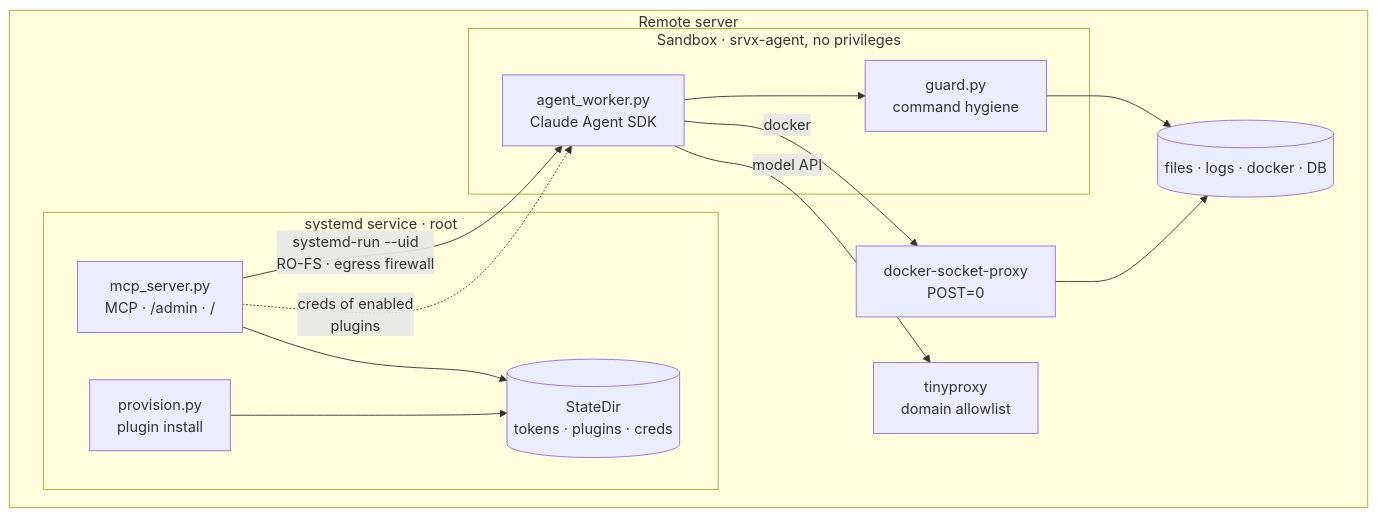
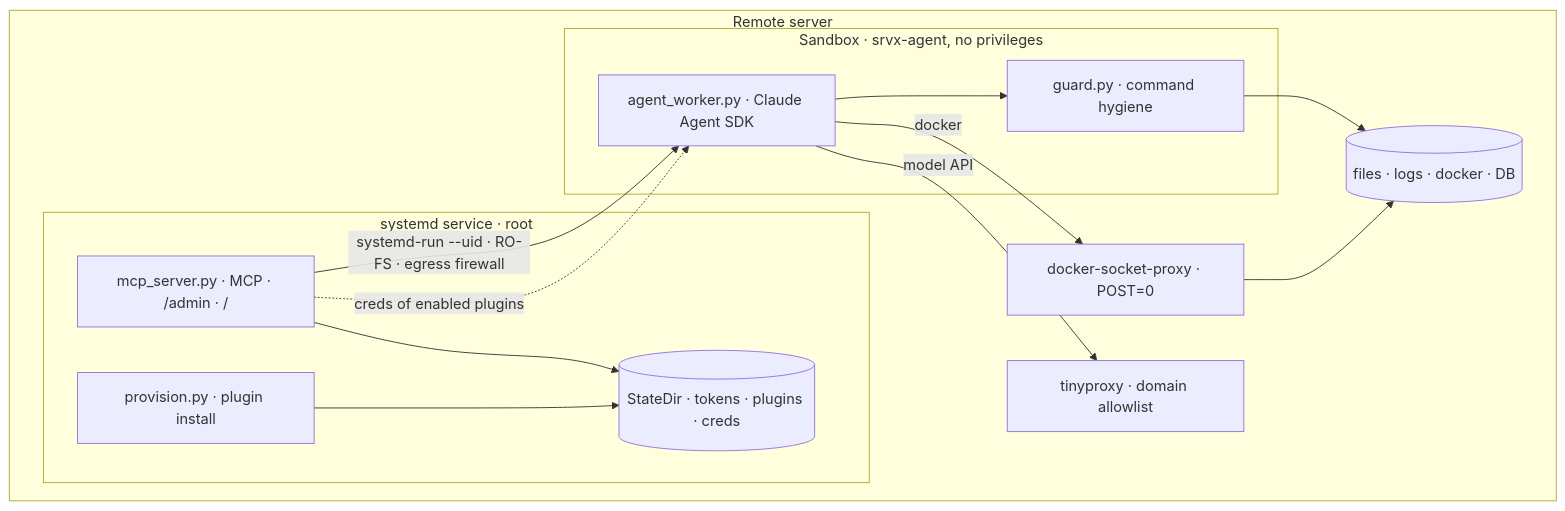
One commit to redmadrobot-rnd/srv-explore changed the diagram in README.md. Above: the diagram before and after it, drawn with Mermaid. The commit also changed 1 other file, not shown here.

Commit message:
docs: показать egress-прокси в схемах README/flow.svg + починить слипание mermaid
flow.svg — добавлен узел tinyproxy (domain allowlist · upstream) и egress-путь
агента наружу (model API через прокси). mermaid «Как устроено» — подписи в одну
строку через · вместо <br/> (не рендерился в части вьюеров, метки слипались).

````diff
--- a/README.md
+++ b/README.md
@@ -112,24 +112,24 @@
 ```mermaid
 flowchart TB
   subgraph server["Remote server"]
     subgraph svc["systemd service · root"]
-      MCP["mcp_server.py<br/>MCP · /admin · /"]
-      PROV["provision.py<br/>plugin install"]
-      ST[("StateDir<br/>tokens · plugins · creds")]
+      MCP["mcp_server.py · MCP · /admin · /"]
+      PROV["provision.py · plugin install"]
+      ST[("StateDir · tokens · plugins · creds")]
     end
     subgraph box["Sandbox · srvx-agent, no privileges"]
-      W["agent_worker.py<br/>Claude Agent SDK"]
-      G["guard.py<br/>command hygiene"]
+      W["agent_worker.py · Claude Agent SDK"]
+      G["guard.py · command hygiene"]
     end
-    PX["docker-socket-proxy<br/>POST=0"]
-    TP["tinyproxy<br/>domain allowlist"]
+    PX["docker-socket-proxy · POST=0"]
+    TP["tinyproxy · domain allowlist"]
     RES[("files · logs · docker · DB")]
   end
-  MCP -->|"systemd-run --uid<br/>RO-FS · egress firewall"| W
-  MCP -.->|"creds of enabled<br/>plugins"| W
+  MCP -->|"systemd-run --uid · RO-FS · egress firewall"| W
+  MCP -.->|"creds of enabled plugins"| W
   W --> G --> RES
   W -->|docker| PX --> RES
   W -->|"model API"| TP
   PROV --> ST
   MCP --> ST
 ```
````
